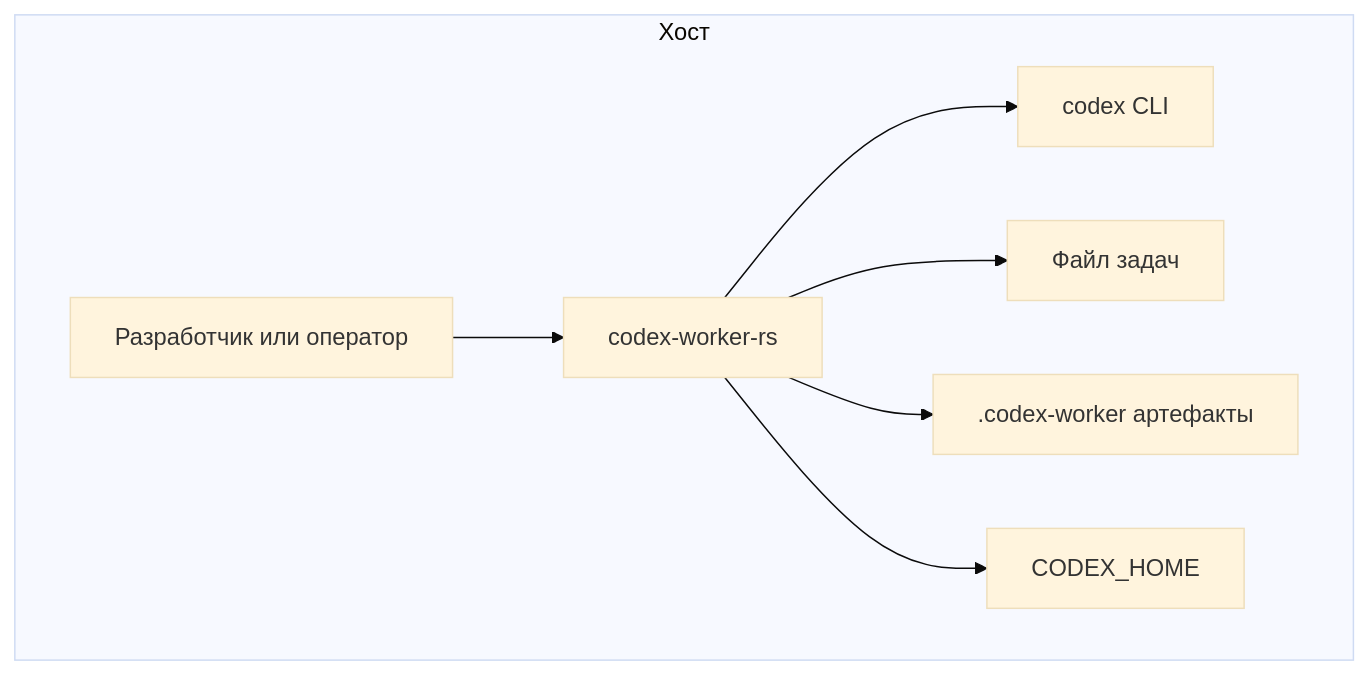
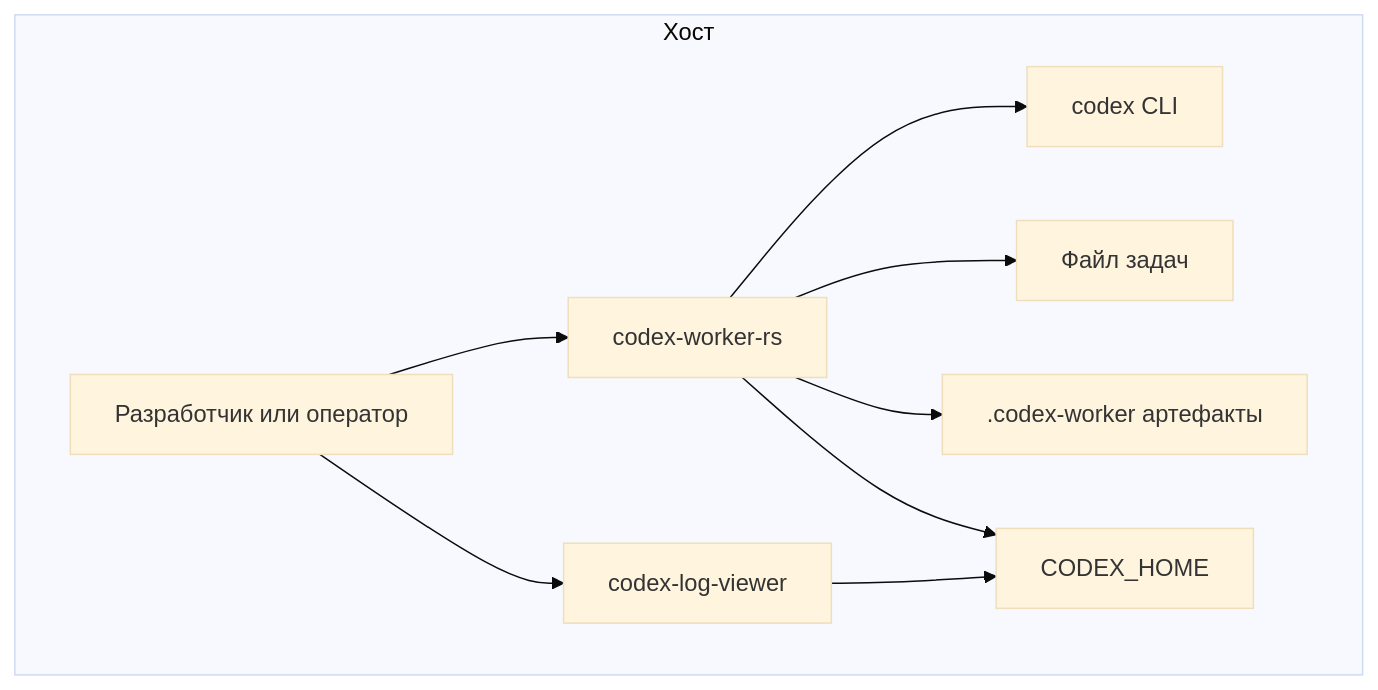
Before and after one commit to alkoleft/codex-session-view: the eighth of 11 diagrams in docs/architecture/arc42/architecture.md, drawn with Mermaid (base theme). The commit also changed other lines of this file and 55 other files, not shown here.

Commit message:
Extract codex-log and add Tauri log viewer

````diff
--- a/docs/architecture/arc42/architecture.md
+++ b/docs/architecture/arc42/architecture.md
@@ -351,17 +370,20 @@
 ```mermaid
 flowchart TB
     subgraph Хост
         OP[Разработчик или оператор]
         WK[codex-worker-rs]
+        VW[codex-log-viewer]
         CX[codex CLI]
         TF[Файл задач]
         ART[.codex-worker артефакты]
         CH[CODEX_HOME]
     end
 
     OP --> WK
+    OP --> VW
     WK --> CX
     WK --> TF
     WK --> ART
     WK --> CH
+    VW --> CH
 ```
````
